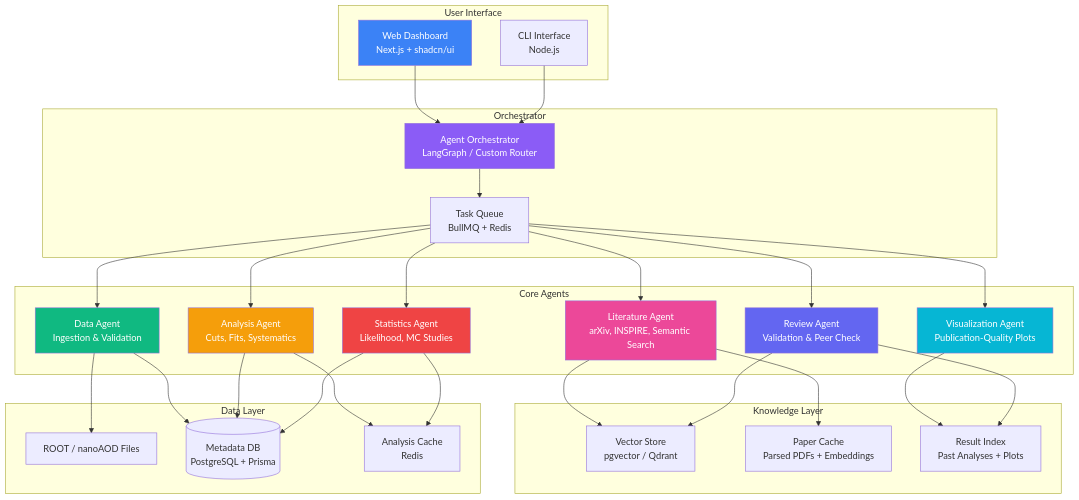
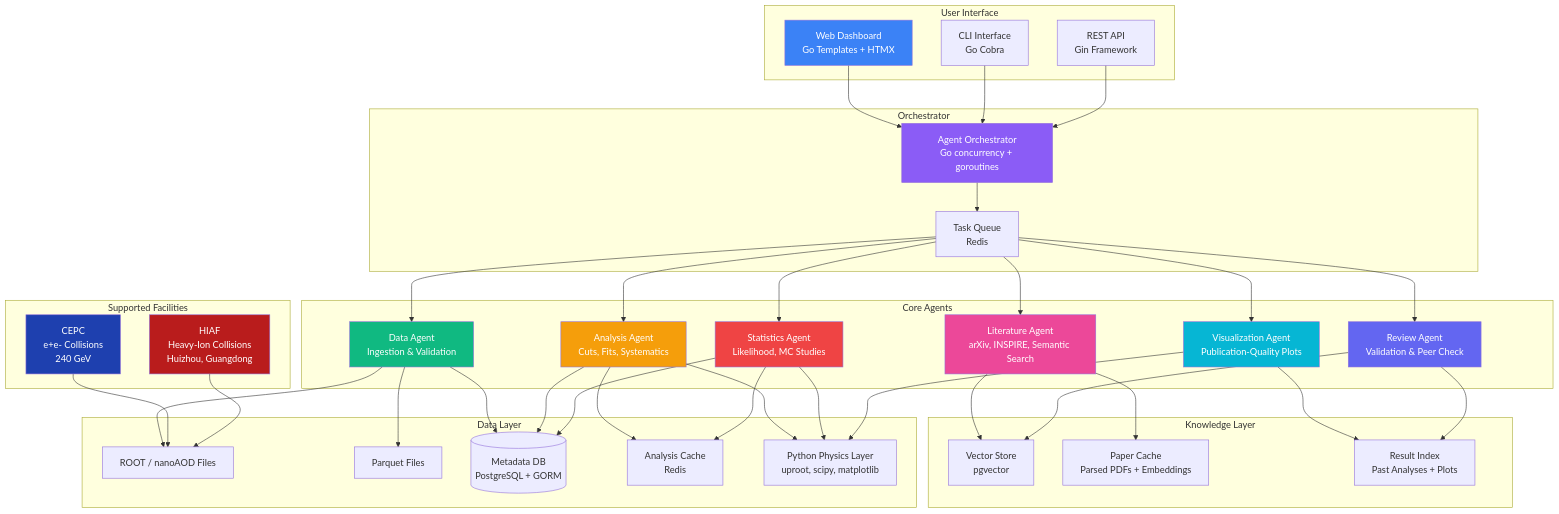
One commit to testdemoqwenai2025-creator/cepc-analysis-copilot changed the diagram in README.md. Above: the diagram before and after it, drawn with Mermaid. The commit also changed other lines of this file and 2 other files, not shown here.

First line of the commit message:
Upgrade: add HIAF heavy-ion accelerator support + breaking news banner

````diff
--- a/README.md
+++ b/README.md
@@ -24,64 +45,82 @@
 ```mermaid
 graph TB
     subgraph User Interface
-        UI[Web Dashboard<br/>Next.js + shadcn/ui]
-        CLI[CLI Interface<br/>Node.js]
+        UI[Web Dashboard<br/>Go Templates + HTMX]
+        CLI[CLI Interface<br/>Go Cobra]
+        API[REST API<br/>Gin Framework]
     end
 
     subgraph Orchestrator
-        ORCH[Agent Orchestrator<br/>LangGraph / Custom Router]
-        QUEUE[Task Queue<br/>BullMQ + Redis]
+        ORCH[Agent Orchestrator<br/>Go concurrency + goroutines]
+        QUEUE[Task Queue<br/>Redis]
     end
 
     subgraph Core Agents
         DA[Data Agent<br/>Ingestion & Validation]
         AA[Analysis Agent<br/>Cuts, Fits, Systematics]
         LA[Literature Agent<br/>arXiv, INSPIRE, Semantic Search]
         VA[Visualization Agent<br/>Publication-Quality Plots]
         SA[Statistics Agent<br/>Likelihood, MC Studies]
         RA[Review Agent<br/>Validation & Peer Check]
     end
 
     subgraph Knowledge Layer
-        VEC[Vector Store<br/>pgvector / Qdrant]
+        VEC[Vector Store<br/>pgvector]
         PAPERS[Paper Cache<br/>Parsed PDFs + Embeddings]
         RESULTS[Result Index<br/>Past Analyses + Plots]
     end
 
     subgraph Data Layer
         ROOT[ROOT / nanoAOD Files]
-        DB[(Metadata DB<br/>PostgreSQL + Prisma)]
+        PARQUET[Parquet Files]
+        DB[(Metadata DB<br/>PostgreSQL + GORM)]
         CACHE[Analysis Cache<br/>Redis]
+        PY[Python Physics Layer<br/>uproot, scipy, matplotlib]
+    end
+
+    subgraph Supported Facilities
+        CEPC[CEPC<br/>e+e- Collisions<br/>240 GeV]
+        HIAF[HIAF<br/>Heavy-Ion Collisions<br/>Huizhou, Guangdong]
     end
 
     UI --> ORCH
     CLI --> ORCH
+    API --> ORCH
     ORCH --> QUEUE
     QUEUE --> DA
     QUEUE --> AA
     QUEUE --> LA
     QUEUE --> VA
     QUEUE --> SA
     QUEUE --> RA
 
     DA --> ROOT
+    DA --> PARQUET
     DA --> DB
     AA --> DB
     AA --> CACHE
+    AA --> PY
     LA --> VEC
     LA --> PAPERS
     SA --> DB
     SA --> CACHE
+    SA --> PY
     VA --> RESULTS
+    VA --> PY
     RA --> VEC
     RA --> RESULTS
+
+    CEPC --> ROOT
+    HIAF --> ROOT
 
     style UI fill:#3b82f6,color:#fff
     style ORCH fill:#8b5cf6,color:#fff
     style DA fill:#10b981,color:#fff
     style AA fill:#f59e0b,color:#fff
     style LA fill:#ec4899,color:#fff
     style VA fill:#06b6d4,color:#fff
     style SA fill:#ef4444,color:#fff
     style RA fill:#6366f1,color:#fff
+    style CEPC fill:#1e40af,color:#fff
+    style HIAF fill:#b91c1c,color:#fff
 ```
````
